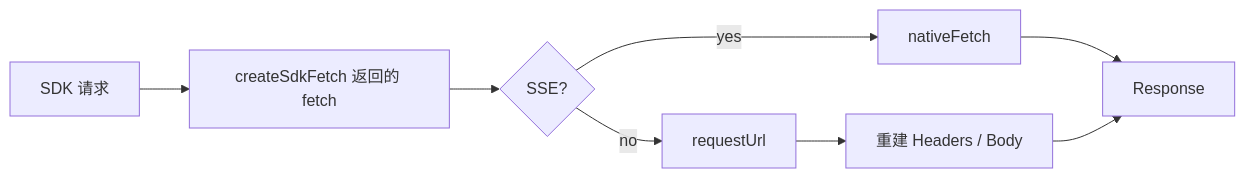
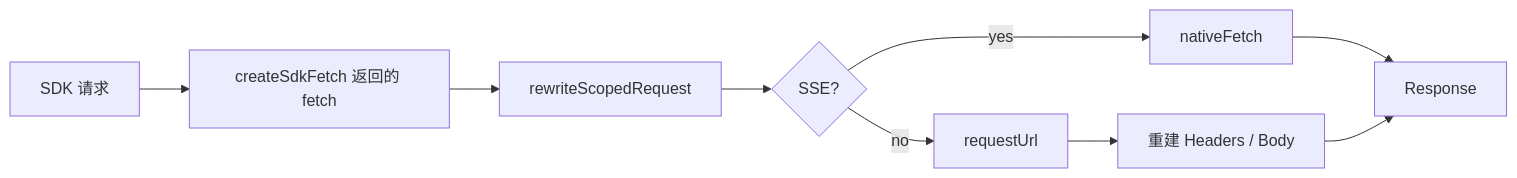
Before and after one commit to OCDcreator/opencodian: the diagram in docs/modules/core/opencode/sdkFetch.md, drawn with Mermaid. The commit also changed other lines of this file and 28 other files, not shown here.

````diff
--- a/docs/modules/core/opencode/sdkFetch.md
+++ b/docs/modules/core/opencode/sdkFetch.md
@@ -85,10 +107,11 @@
 ```mermaid
 graph LR
     A[SDK 请求] --> B[createSdkFetch 返回的 fetch]
-    B --> C{SSE?}
-    C -->|yes| D[nativeFetch]
-    C -->|no| E[requestUrl]
-    D --> F[Response]
-    E --> G[重建 Headers / Body]
-    G --> F
+    B --> C[rewriteScopedRequest]
+    C --> D{SSE?}
+    D -->|yes| E[nativeFetch]
+    D -->|no| F[requestUrl]
+    E --> G[Response]
+    F --> H[重建 Headers / Body]
+    H --> G
 ```
````
